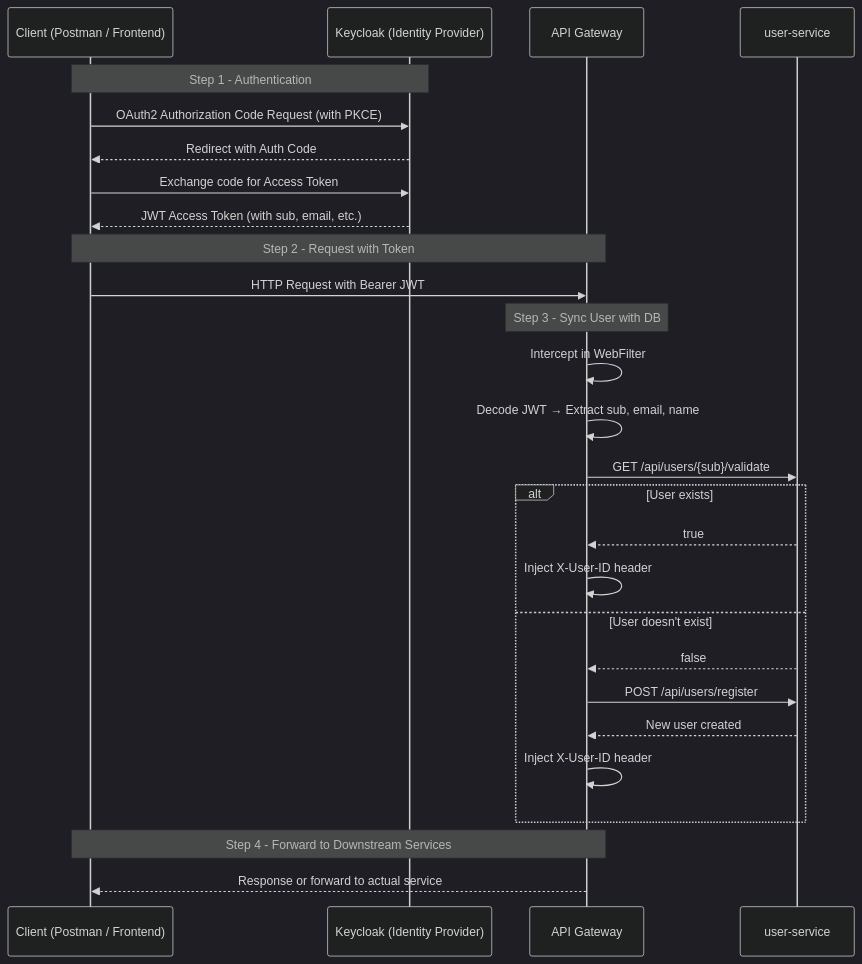
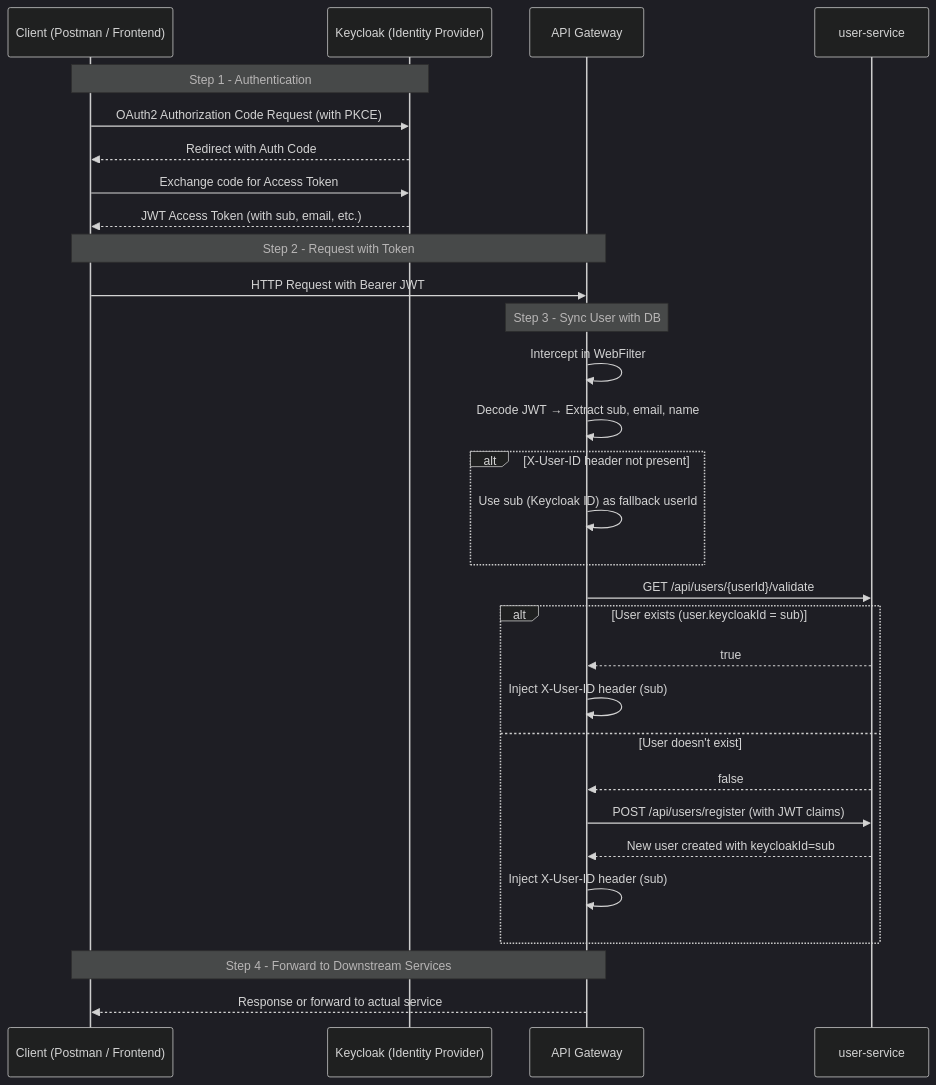
The third of 4 diagrams in README.md (PritiAryal/Smart-Fitness-Companion), drawn with Mermaid (dark theme) before and after one commit. The commit also changed other lines of this file, not shown here.

````diff
--- a/README.md
+++ b/README.md
@@ -973,34 +976,37 @@
 ```mermaid
 sequenceDiagram
     participant Client as Client (Postman / Frontend)
     participant Keycloak as Keycloak (Identity Provider)
     participant Gateway as API Gateway
     participant UserSvc as user-service
 
     Note over Client, Keycloak: Step 1 - Authentication
     Client->>Keycloak: OAuth2 Authorization Code Request (with PKCE)
     Keycloak-->>Client: Redirect with Auth Code
     Client->>Keycloak: Exchange code for Access Token
     Keycloak-->>Client: JWT Access Token (with sub, email, etc.)
 
     Note over Client, Gateway: Step 2 - Request with Token
     Client->>Gateway: HTTP Request with Bearer JWT
 
     Note over Gateway: Step 3 - Sync User with DB
     Gateway->>Gateway: Intercept in WebFilter
     Gateway->>Gateway: Decode JWT → Extract sub, email, name
+    alt X-User-ID header not present
+      Gateway->>Gateway: Use sub (Keycloak ID) as fallback userId
+    end
 
-    Gateway->>UserSvc: GET /api/users/{sub}/validate
-    alt User exists
+    Gateway->>UserSvc: GET /api/users/{userId}/validate
+    alt User exists (user.keycloakId = sub)
         UserSvc-->>Gateway: true
-        Gateway->>Gateway: Inject X-User-ID header
+        Gateway->>Gateway: Inject X-User-ID header (sub)
     else User doesn't exist
         UserSvc-->>Gateway: false
-        Gateway->>UserSvc: POST /api/users/register
-        UserSvc-->>Gateway: New user created
-        Gateway->>Gateway: Inject X-User-ID header
+        Gateway->>UserSvc: POST /api/users/register (with JWT claims)
+        UserSvc-->>Gateway: New user created with keycloakId=sub
+        Gateway->>Gateway: Inject X-User-ID header (sub)
     end
 
     Note over Gateway, Client: Step 4 - Forward to Downstream Services
     Gateway-->>Client: Response or forward to actual service
 ```
````
